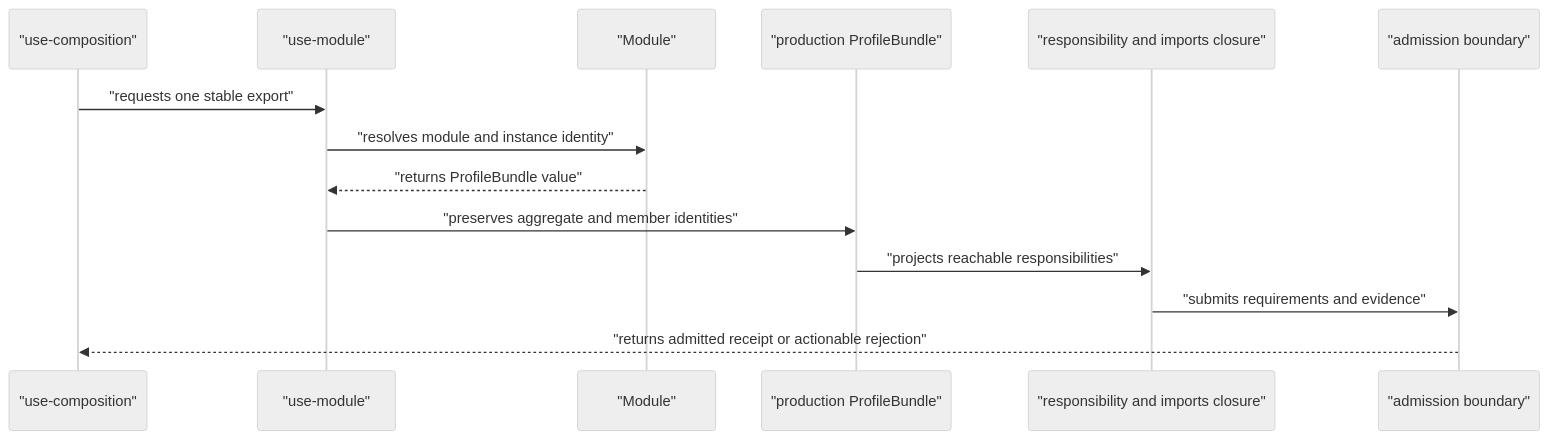
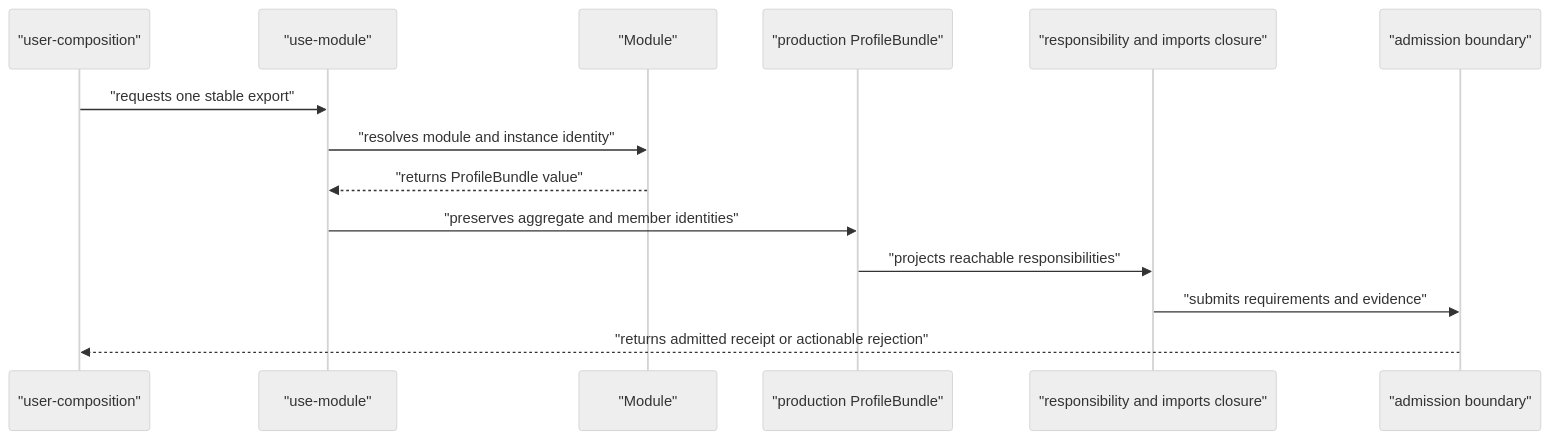
The second of 2 diagrams in docs/10-19-design/10.06-poo-module-system/45-95-aggregate-profile-responsibility-projection-and-bounded-macro-boundary.org (tao3k/poo-flow), drawn with Mermaid (neutral theme) before and after one commit. The commit also changed other lines of this file and 22 other files, not shown here.

```diff
--- a/docs/10-19-design/10.06-poo-module-system/45-95-aggregate-profile-responsibility-projection-and-bounded-macro-boundary.org
+++ b/docs/10-19-design/10.06-poo-module-system/45-95-aggregate-profile-responsibility-projection-and-bounded-macro-boundary.org
@@ -367,17 +367,17 @@
 #+begin_src mermaid
 sequenceDiagram
-  participant User as "use-composition"
+  participant User as "user-composition"
   participant Select as "use-module"
   participant Module as "Module"
   participant Bundle as "production ProfileBundle"
   participant Closure as "responsibility and imports closure"
   participant Admit as "admission boundary"
 
   User->>Select: "requests one stable export"
   Select->>Module: "resolves module and instance identity"
   Module-->>Select: "returns ProfileBundle value"
   Select->>Bundle: "preserves aggregate and member identities"
   Bundle->>Closure: "projects reachable responsibilities"
   Closure->>Admit: "submits requirements and evidence"
   Admit-->>User: "returns admitted receipt or actionable rejection"
 #+end_src
```
